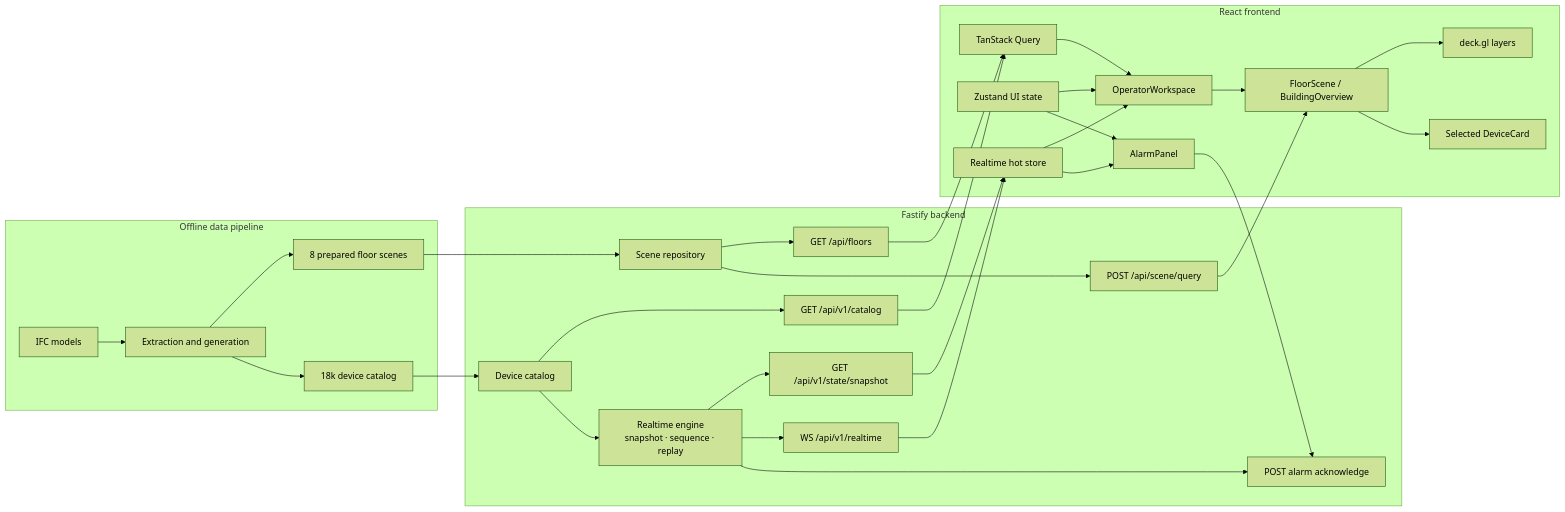
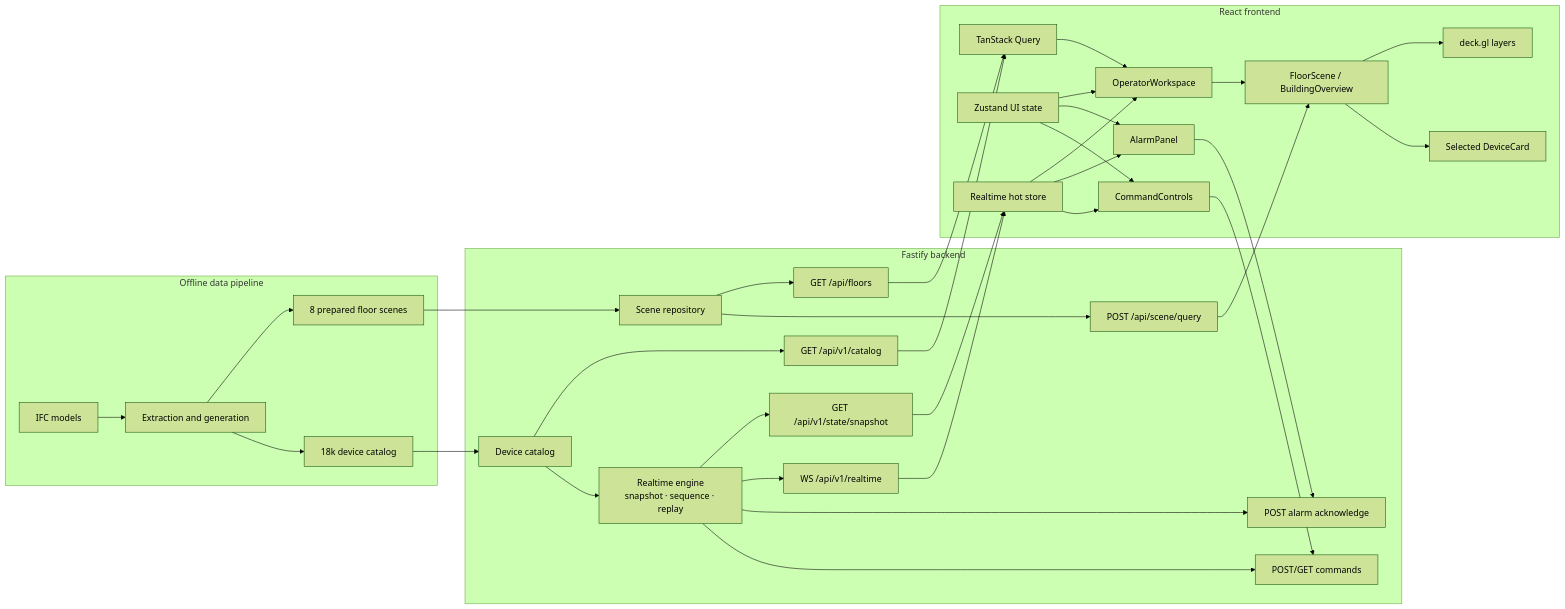
Before and after one commit to mbob72/building-operator-demo: the diagram in docs/architecture.md, drawn with Mermaid (forest theme). The commit also changed other lines of this file and 30 other files, not shown here.

````diff
--- a/docs/architecture.md
+++ b/docs/architecture.md
@@ -7,62 +10,68 @@
 ```mermaid
 flowchart LR
     subgraph Offline["Offline data pipeline"]
         IFC["IFC models"]
         Pipeline["Extraction and generation"]
         Scenes["8 prepared floor scenes"]
         CatalogFile["18k device catalog"]
 
         IFC --> Pipeline
         Pipeline --> Scenes
         Pipeline --> CatalogFile
     end
 
     subgraph Backend["Fastify backend"]
         SceneRepo["Scene repository"]
         CatalogRepo["Device catalog"]
         RealtimeEngine["Realtime engine<br/>snapshot · sequence · replay"]
         FloorsAPI["GET /api/floors"]
         SceneAPI["POST /api/scene/query"]
         CatalogAPI["GET /api/v1/catalog"]
         SnapshotAPI["GET /api/v1/state/snapshot"]
         RealtimeAPI["WS /api/v1/realtime"]
         AckAPI["POST alarm acknowledge"]
+        CommandAPI["POST/GET commands"]
 
         SceneRepo --> FloorsAPI
         SceneRepo --> SceneAPI
         CatalogRepo --> CatalogAPI
         CatalogRepo --> RealtimeEngine
         RealtimeEngine --> SnapshotAPI
         RealtimeEngine --> RealtimeAPI
         RealtimeEngine --> AckAPI
+        RealtimeEngine --> CommandAPI
     end
 
     subgraph Frontend["React frontend"]
         Query["TanStack Query"]
         Store["Zustand UI state"]
         Hot["Realtime hot store"]
         Workspace["OperatorWorkspace"]
         Renderers["FloorScene / BuildingOverview"]
         Deck["deck.gl layers"]
         Card["Selected DeviceCard"]
         AlarmPanel["AlarmPanel"]
+        CommandControls["CommandControls"]
 
         Query --> Workspace
         Store --> Workspace
         Hot --> Workspace
         Workspace --> Renderers
         Renderers --> Deck
         Renderers --> Card
         Hot --> AlarmPanel
         Store --> AlarmPanel
+        Hot --> CommandControls
+        Store --> CommandControls
     end
 
     Scenes --> SceneRepo
     CatalogFile --> CatalogRepo
     FloorsAPI --> Query
     CatalogAPI --> Query
     SnapshotAPI --> Hot
     RealtimeAPI --> Hot
     AlarmPanel --> AckAPI
+    CommandControls --> CommandAPI
     SceneAPI --> Renderers
 ```
````
